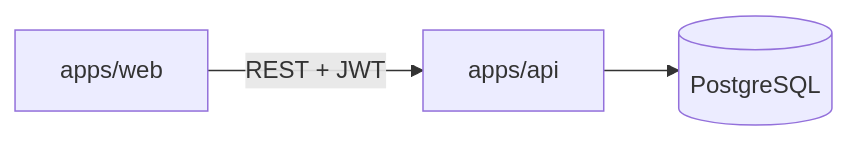
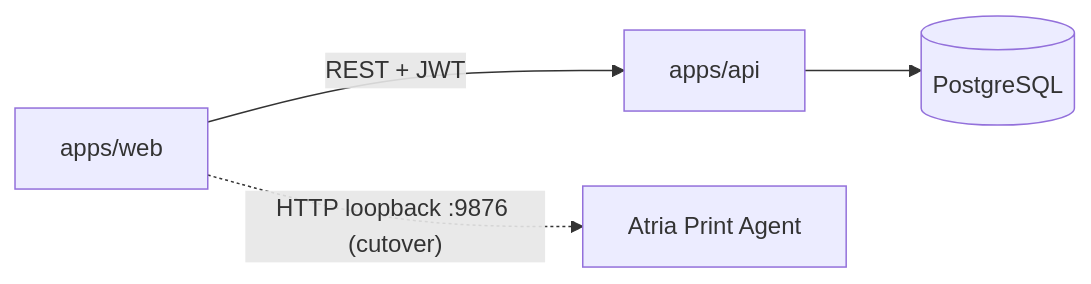
One commit to atriasolutions/lascala-web-inventario changed the diagram in docs/architecture.md. Above: the diagram before and after it, drawn with Mermaid. The commit also changed other lines of this file and 208 other files, not shown here.

````diff
--- a/docs/architecture.md
+++ b/docs/architecture.md
@@ -7,8 +9,10 @@
 ```mermaid
 flowchart LR
   web[apps/web]
   api[apps/api]
   db[(PostgreSQL)]
+  agent[Atria Print Agent]
   web -->|"REST + JWT"| api
   api --> db
+  web -.->|"HTTP loopback :9876 (cutover)"| agent
 ```
````
